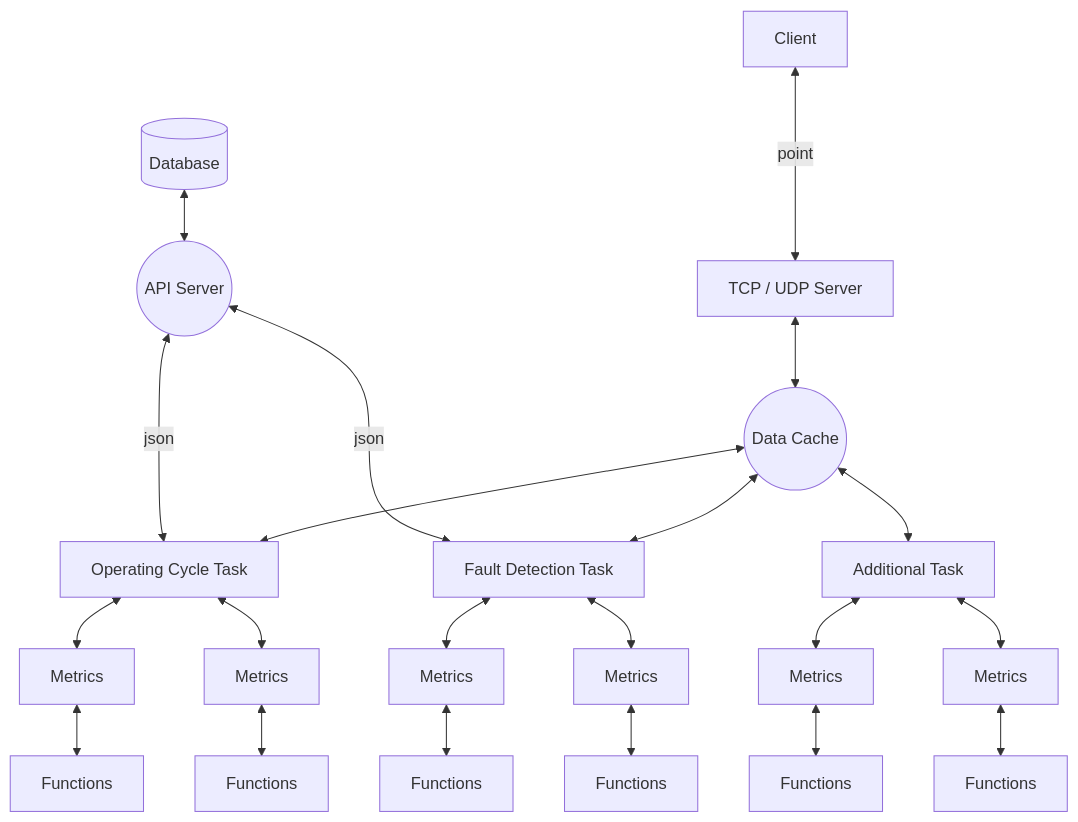
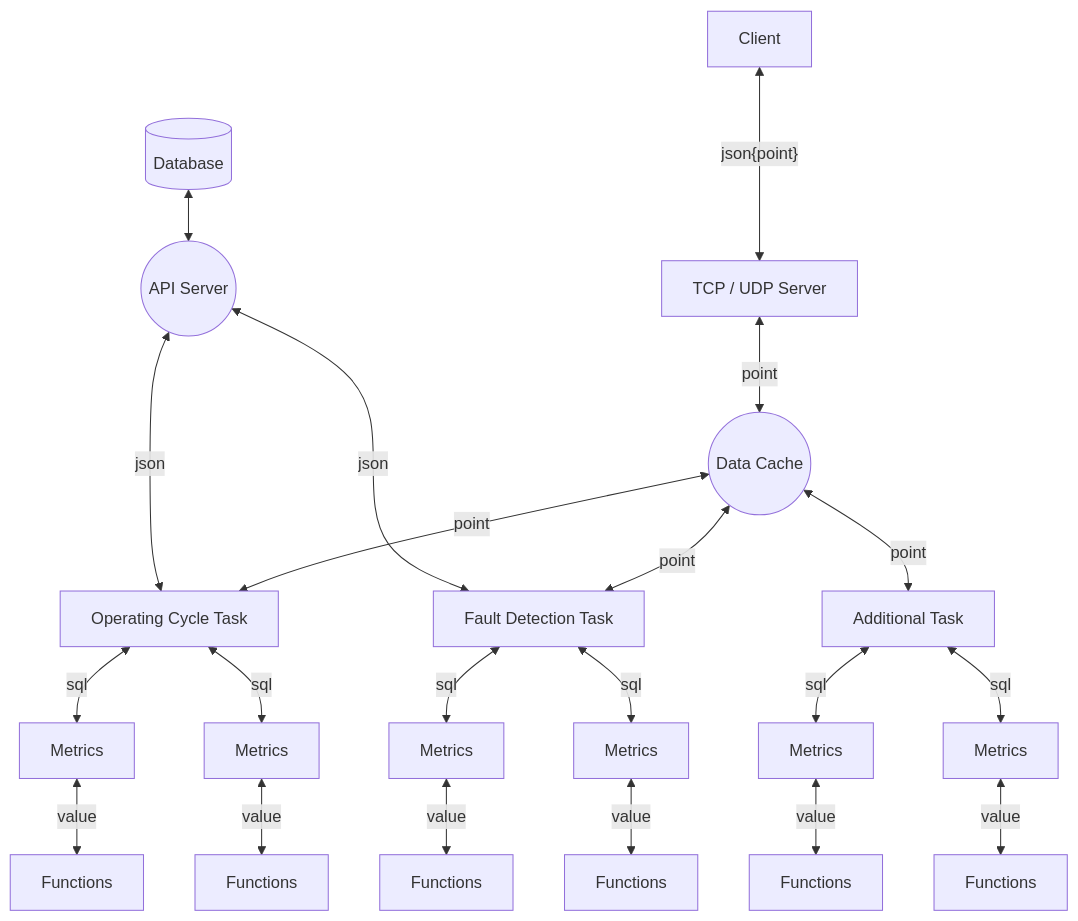
Before and after one commit to a-givertzman/fr-service: the diagram in readme.md, drawn with Mermaid.

````diff
--- a/readme.md
+++ b/readme.md
@@ -9,44 +9,45 @@
 ```mermaid
 flowchart TD;
    clients[Client];
    server[TCP / UDP Server];
    dataCache((Data Cache));
    api((API Server));
    db[(Database)];
    task1[Operating Cycle Task];
    task2[Fault Detection Task];
    task3[Additional Task];
    faultDetectionMetrics1[Metrics]
    faultDetectionMetrics2[Metrics]
    operatingCycleMetrics1[Metrics];
    operatingCycleMetrics2[Metrics];
    additionalMetrics1[Metrics];
    additionalMetrics2[Metrics];
    faultDetectionFunctions1[Functions]
    faultDetectionFunctions2[Functions]
    operatingCycleFunctions1[Functions];
    operatingCycleFunctions2[Functions];
    additionalfunctions1[Functions];
    additionalfunctions2[Functions];
 
    db <--> api;
    api<--->|json|task1;
    api<-->|json|task2;
-   server  <--> dataCache;
-   clients <---> |point| server;
-   dataCache <--> task1;
-   dataCache <--> task2;
-   dataCache <--> task3;
-   task1 <--> | | operatingCycleMetrics1;
-   task1 <--> | | operatingCycleMetrics2;
-   task2 <--> faultDetectionMetrics1
-   task2 <--> faultDetectionMetrics2
-   task3 <--> additionalMetrics1
-   task3 <--> additionalMetrics2
-   additionalMetrics1 <--> additionalfunctions1
-   additionalMetrics2 <--> additionalfunctions2
-   faultDetectionMetrics1 <--> faultDetectionFunctions1
-   faultDetectionMetrics2 <--> faultDetectionFunctions2
-   operatingCycleMetrics1 <--> operatingCycleFunctions1
-   operatingCycleMetrics2 <--> operatingCycleFunctions2
+
+   clients <---> |"json{point}"| server;
+   server  <--> |point| dataCache;
+   dataCache <--> |point| task1;
+   dataCache <--> |point| task2;
+   dataCache <--> |point| task3;
+   task1 <--> |sql| operatingCycleMetrics1;
+   task1 <--> |sql| operatingCycleMetrics2;
+   task2 <--> |sql| faultDetectionMetrics1
+   task2 <--> |sql| faultDetectionMetrics2
+   task3 <--> |sql| additionalMetrics1
+   task3 <--> |sql| additionalMetrics2
+   additionalMetrics1 <--> |value| additionalfunctions1
+   additionalMetrics2 <--> |value| additionalfunctions2
+   faultDetectionMetrics1 <--> |value| faultDetectionFunctions1
+   faultDetectionMetrics2 <--> |value| faultDetectionFunctions2
+   operatingCycleMetrics1 <--> |value| operatingCycleFunctions1
+   operatingCycleMetrics2 <--> |value| operatingCycleFunctions2
 ```
````
